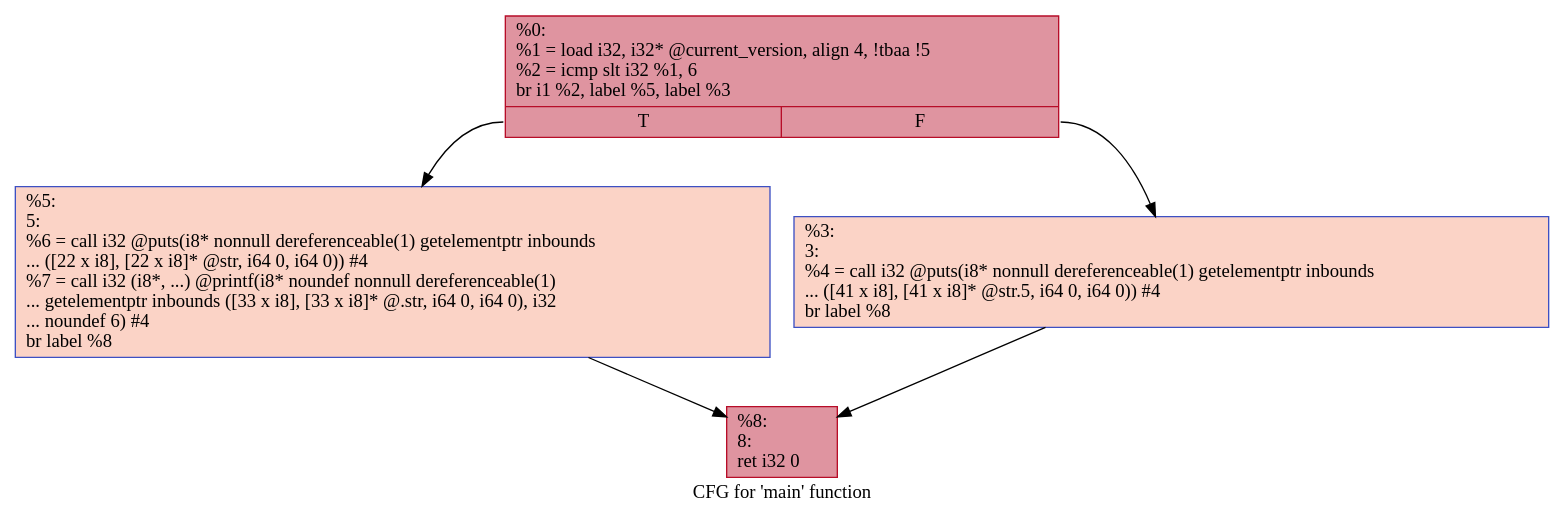
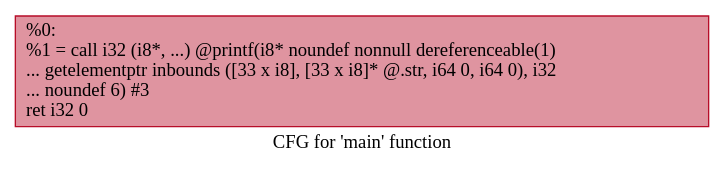
The diagram in .main.dot (ds-bhatia/ota-update-compiler), drawn with Graphviz before and after one commit. The commit also changed 23 other files, not shown here.

```diff
--- a/.main.dot
+++ b/.main.dot
@@ -1,12 +1,5 @@
 digraph "CFG for 'main' function" {
 	label="CFG for 'main' function";
 
-	Node0x2e71db00 [shape=record,color="#b70d28ff", style=filled, fillcolor="#b70d2870",label="{%0:\l  %1 = load i32, i32* @current_version, align 4, !tbaa !5\l  %2 = icmp slt i32 %1, 6\l  br i1 %2, label %5, label %3\l|{<s0>T|<s1>F}}"];
-	Node0x2e71db00:s0 -> Node0x2e71e2e0;
-	Node0x2e71db00:s1 -> Node0x2e71e330;
-	Node0x2e71e330 [shape=record,color="#3d50c3ff", style=filled, fillcolor="#f59c7d70",label="{%3:\l3:                                                \l  %4 = call i32 @puts(i8* nonnull dereferenceable(1) getelementptr inbounds\l... ([41 x i8], [41 x i8]* @str.5, i64 0, i64 0)) #4\l  br label %8\l}"];
-	Node0x2e71e330 -> Node0x2e71e570;
-	Node0x2e71e2e0 [shape=record,color="#3d50c3ff", style=filled, fillcolor="#f59c7d70",label="{%5:\l5:                                                \l  %6 = call i32 @puts(i8* nonnull dereferenceable(1) getelementptr inbounds\l... ([22 x i8], [22 x i8]* @str, i64 0, i64 0)) #4\l  %7 = call i32 (i8*, ...) @printf(i8* noundef nonnull dereferenceable(1)\l... getelementptr inbounds ([33 x i8], [33 x i8]* @.str, i64 0, i64 0), i32\l... noundef 6) #4\l  br label %8\l}"];
-	Node0x2e71e2e0 -> Node0x2e71e570;
-	Node0x2e71e570 [shape=record,color="#b70d28ff", style=filled, fillcolor="#b70d2870",label="{%8:\l8:                                                \l  ret i32 0\l}"];
+	Node0xc930a10 [shape=record,color="#b70d28ff", style=filled, fillcolor="#b70d2870",label="{%0:\l  %1 = call i32 (i8*, ...) @printf(i8* noundef nonnull dereferenceable(1)\l... getelementptr inbounds ([33 x i8], [33 x i8]* @.str, i64 0, i64 0), i32\l... noundef 6) #3\l  ret i32 0\l}"];
 }
```
